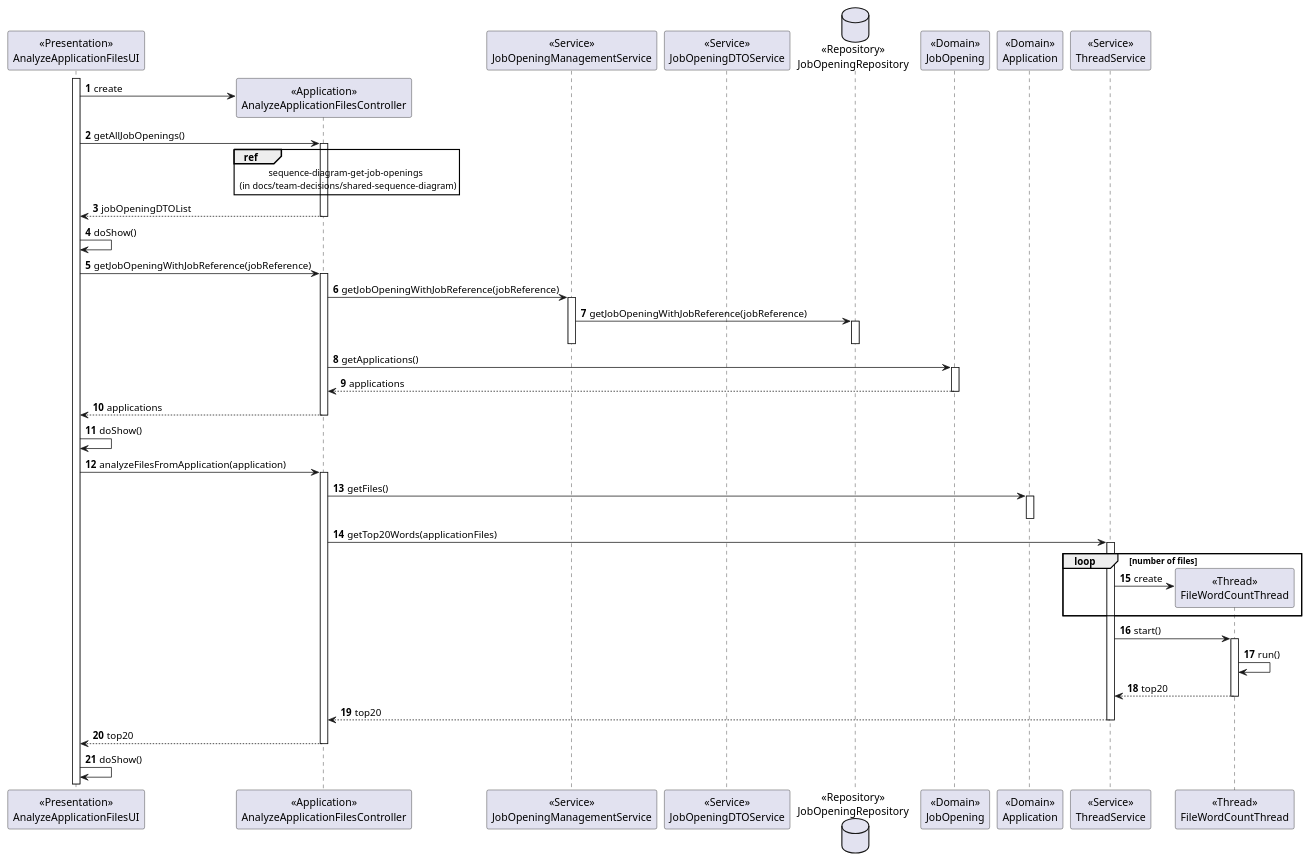
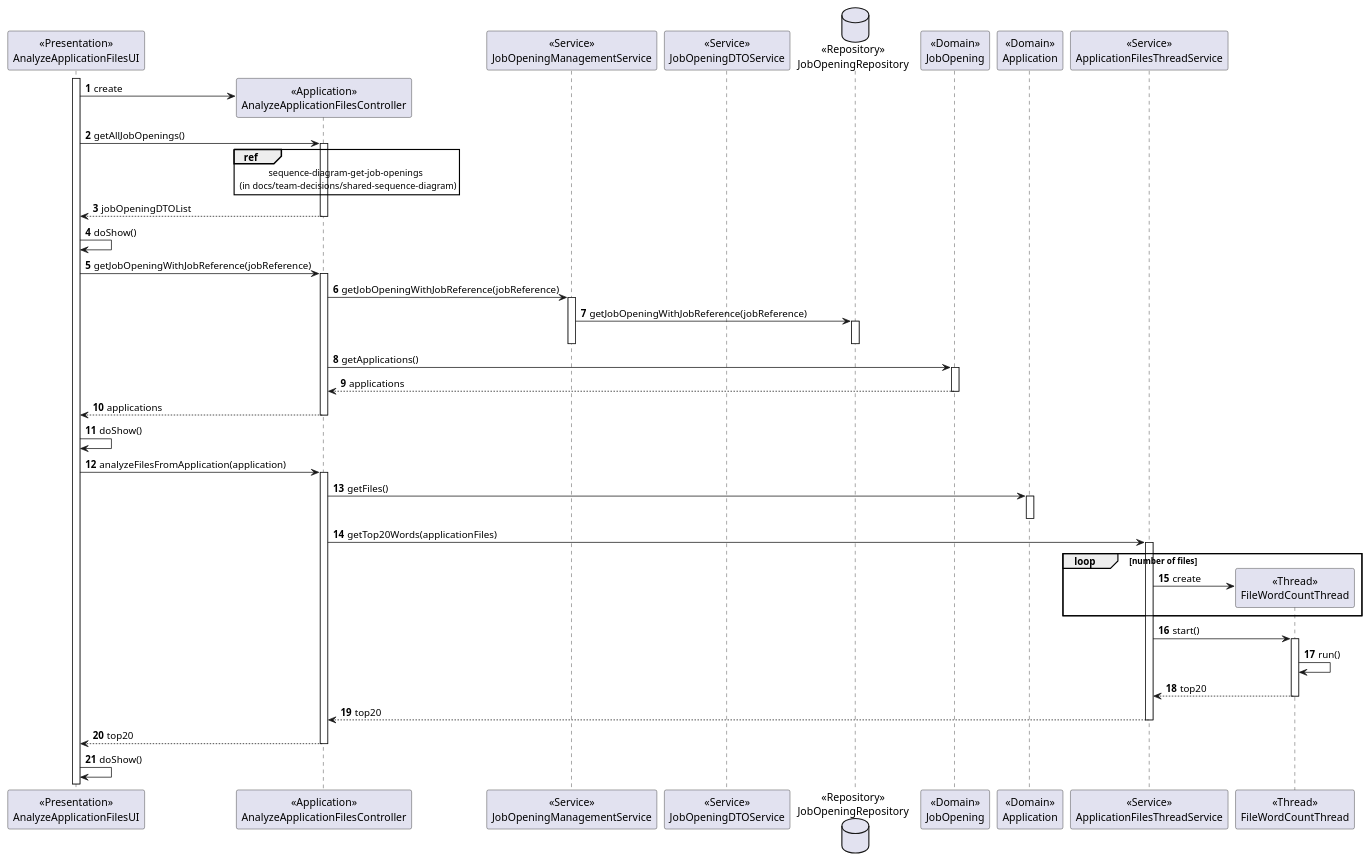
The diagram in docs/sprint-c/us_4000/US4000_SD/US4000_Sequence_Diagram.puml (rita-barbosa/LAPR4-2324), drawn with PlantUML before and after one commit. The commit also changed 1 other file, not shown here.

```diff
--- a/docs/sprint-c/us_4000/US4000_SD/US4000_Sequence_Diagram.puml
+++ b/docs/sprint-c/us_4000/US4000_SD/US4000_Sequence_Diagram.puml
@@ -1,102 +1,102 @@
 @startuml
 'https://plantuml.com/sequence-diagram
 
 autonumber
 Participant "<<Presentation>>\nAnalyzeApplicationFilesUI" as UI
 Participant "<<Application>>\nAnalyzeApplicationFilesController" as CTRL
 Participant "<<Service>>\nJobOpeningManagementService" as JOS
 Participant "<<Service>>\nJobOpeningDTOService" as JODTOS
 Database "<<Repository>>\nJobOpeningRepository" as JOREPO
 Participant "<<Domain>>\nJobOpening" as JO
 Participant "<<Domain>>\nApplication" as APP
-Participant "<<Service>>\nThreadService" as TS
+Participant "<<Service>>\nApplicationFilesThreadService" as TS
 Participant "<<Thread>>\nFileWordCountThread" as FWCT
 
 
     Activate UI
 
         UI -> CTRL** : create
 
         UI -> CTRL : getAllJobOpenings()
 
         Activate CTRL
 
         ref over CTRL : sequence-diagram-get-job-openings \n (in docs/team-decisions/shared-sequence-diagram)
 
         CTRL --> UI : jobOpeningDTOList
 
         Deactivate CTRL
 
         UI -> UI : doShow()
 
         UI -> CTRL : getJobOpeningWithJobReference(jobReference)
 
         Activate CTRL
 
             CTRL -> JOS : getJobOpeningWithJobReference(jobReference)
 
             Activate JOS
 
                 JOS -> JOREPO : getJobOpeningWithJobReference(jobReference)
 
                 Activate JOREPO
 
                 Deactivate JOREPO
 
             Deactivate JOS
 
             CTRL -> JO : getApplications()
 
             Activate JO
 
                 JO --> CTRL : applications
 
             Deactivate JO
 
             CTRL --> UI : applications
 
         Deactivate CTRL
 
         UI -> UI : doShow()
 
         UI -> CTRL : analyzeFilesFromApplication(application)
 
         Activate CTRL
 
             CTRL -> APP : getFiles()
 
             Activate APP
 
             Deactivate APP
 
             CTRL -> TS : getTop20Words(applicationFiles)
 
             Activate TS
 
                 loop number of files
 
                     TS -> FWCT** : create
 
                 end
 
                 TS -> FWCT : start()
 
                 Activate FWCT
 
                     FWCT -> FWCT : run()
 
                     FWCT --> TS : top20
 
                 Deactivate FWCT
 
                 TS --> CTRL : top20
 
             Deactivate TS
 
             CTRL --> UI : top20
 
         Deactivate CTRL
 
         UI -> UI : doShow()
 
 @enduml
```
